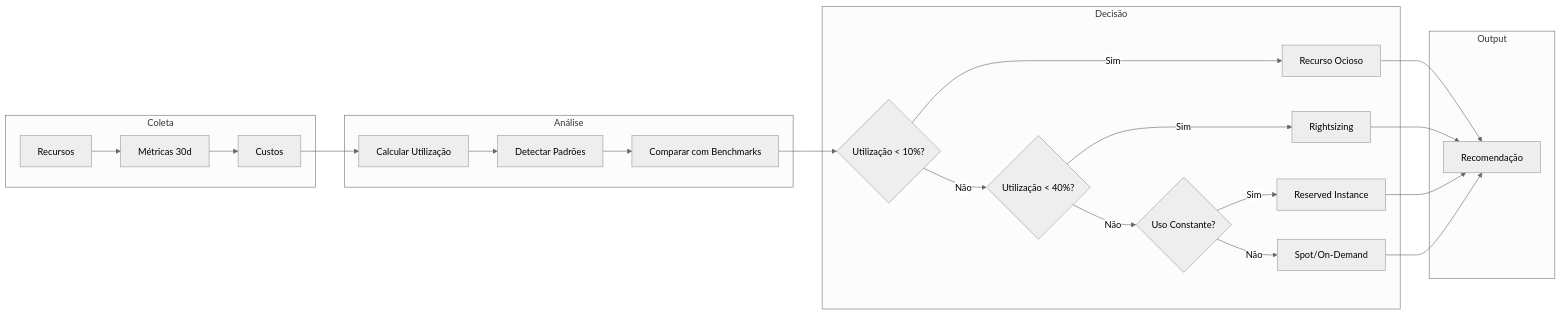
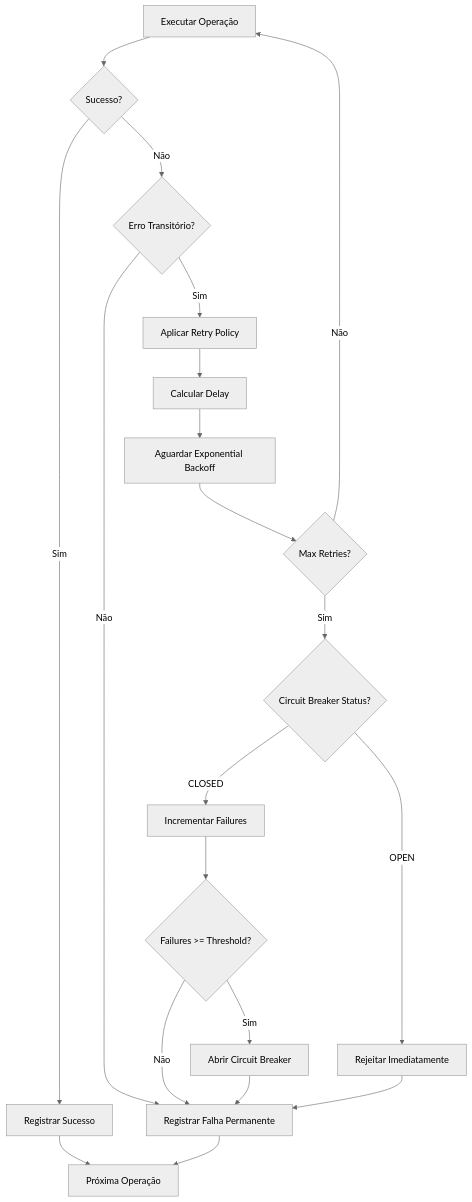
Diagram 13 of 13 in docs/FUNCTIONAL_GUIDE.md (FELIPEACASTRO/finops-aws-bdr), drawn with Mermaid (neutral theme) before and after one commit. The commit also changed other lines of this file and 6 other files, not shown here.

````diff
--- a/docs/FUNCTIONAL_GUIDE.md
+++ b/docs/FUNCTIONAL_GUIDE.md
@@ -744,30 +1229,28 @@
 ```mermaid
-flowchart LR
-    subgraph "Coleta"
-        A[Recursos] --> B[Métricas 30d]
-        B --> C[Custos]
-    end
+flowchart TD
+    A[Executar Operação] --> B{Sucesso?}
+    B -->|Sim| C[Registrar Sucesso]
+    B -->|Não| D{Erro Transitório?}
     
-    subgraph "Análise"
-        C --> D[Calcular Utilização]
-        D --> E[Detectar Padrões]
-        E --> F[Comparar com Benchmarks]
-    end
+    D -->|Sim| E[Aplicar Retry Policy]
+    D -->|Não| F[Registrar Falha Permanente]
     
-    subgraph "Decisão"
-        F --> G{Utilização < 10%?}
-        G -->|Sim| H[Recurso Ocioso]
-        G -->|Não| I{Utilização < 40%?}
-        I -->|Sim| J[Rightsizing]
-        I -->|Não| K{Uso Constante?}
-        K -->|Sim| L[Reserved Instance]
-        K -->|Não| M[Spot/On-Demand]
-    end
+    E --> G[Calcular Delay]
+    G --> H[Aguardar Exponential Backoff]
+    H --> I{Max Retries?}
+    I -->|Não| A
+    I -->|Sim| J{Circuit Breaker Status?}
     
-    subgraph "Output"
-        H --> N[Recomendação]
-        J --> N
-        L --> N
-        M --> N
-    end
+    J -->|CLOSED| K[Incrementar Failures]
+    J -->|OPEN| L[Rejeitar Imediatamente]
+    
+    K --> M{Failures >= Threshold?}
+    M -->|Sim| N[Abrir Circuit Breaker]
+    M -->|Não| F
+    
+    N --> F
+    L --> F
+    
+    C --> O[Próxima Operação]
+    F --> O
 ```
````
